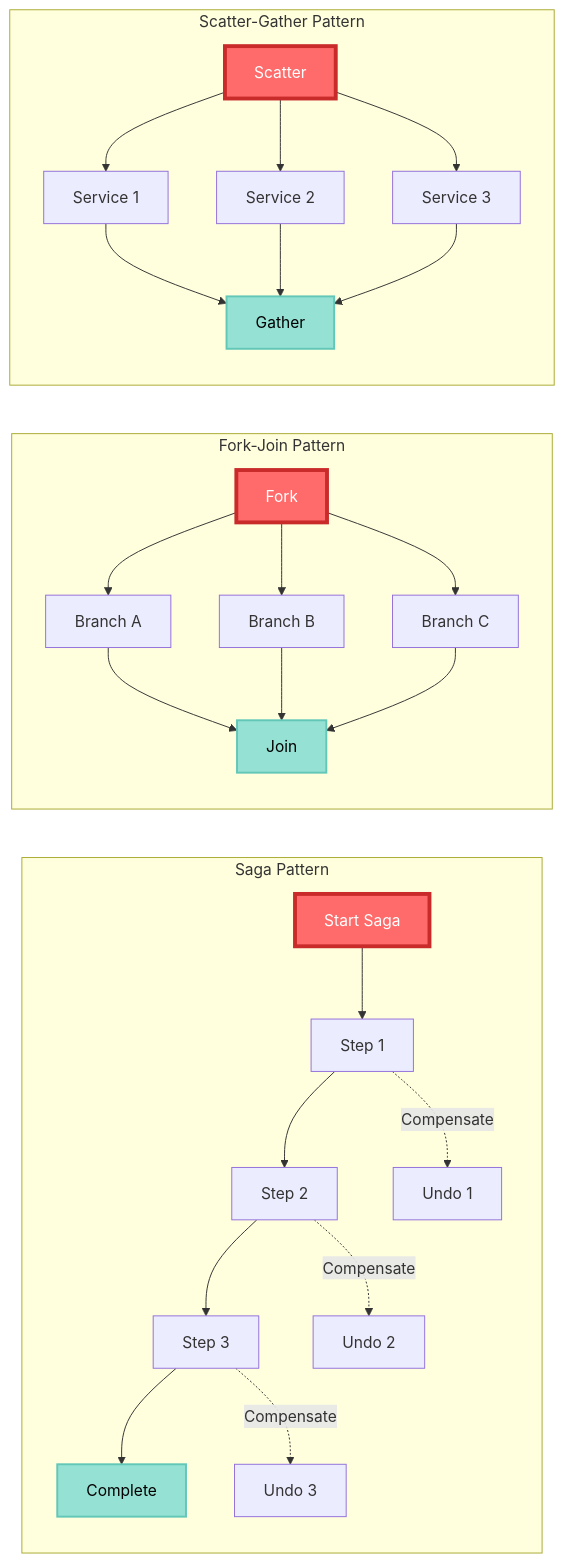
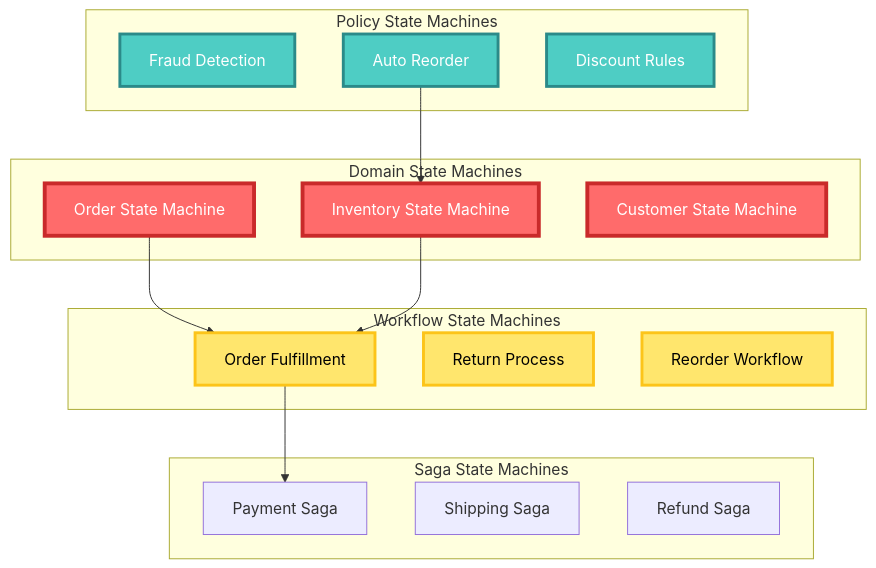
One commit to TheCowboyAI/cim changed the second of 9 diagrams in doc/architecture-deep-dive.md. Above: the diagram before and after it, drawn with Mermaid. The commit also changed other lines of this file and 1 other file, not shown here.

First line of the commit message:
Complete documentation revision for visual-first architecture

````diff
--- a/doc/architecture-deep-dive.md
+++ b/doc/architecture-deep-dive.md
@@ -206,41 +165,42 @@
 ```mermaid
-graph LR
-    subgraph "Saga Pattern"
-        A[Start Saga] --> B[Step 1]
-        B --> C[Step 2]
-        C --> D[Step 3]
-        D --> E[Complete]
-        
-        B -.->|Compensate| B1[Undo 1]
-        C -.->|Compensate| C1[Undo 2]
-        D -.->|Compensate| D1[Undo 3]
+graph TB
+    subgraph "Domain State Machines"
+        DS1[Order State Machine]
+        DS2[Inventory State Machine]
+        DS3[Customer State Machine]
     end
     
-    subgraph "Fork-Join Pattern"
-        F[Fork] --> G[Branch A]
-        F --> H[Branch B]
-        F --> I[Branch C]
-        
-        G --> J[Join]
-        H --> J
-        I --> J
+    subgraph "Workflow State Machines"
+        WS1[Order Fulfillment]
+        WS2[Return Process]
+        WS3[Reorder Workflow]
     end
     
-    subgraph "Scatter-Gather Pattern"
-        K[Scatter] --> L[Service 1]
-        K --> M[Service 2]
-        K --> N[Service 3]
-        
-        L --> O[Gather]
-        M --> O
-        N --> O
+    subgraph "Policy State Machines"
+        PS1[Fraud Detection]
+        PS2[Auto Reorder]
+        PS3[Discount Rules]
     end
     
+    subgraph "Saga State Machines"
+        SS1[Payment Saga]
+        SS2[Shipping Saga]
+        SS3[Refund Saga]
+    end
+    
+    DS1 --> WS1
+    DS2 --> WS1
+    WS1 --> SS1
+    PS2 --> DS2
+    
     %% Styling
-    style A fill:#FF6B6B,stroke:#C92A2A,stroke-width:4px,color:#FFF
-    style E fill:#95E1D3,stroke:#63C7B8,stroke-width:2px,color:#000
-    style F fill:#FF6B6B,stroke:#C92A2A,stroke-width:4px,color:#FFF
-    style J fill:#95E1D3,stroke:#63C7B8,stroke-width:2px,color:#000
-    style K fill:#FF6B6B,stroke:#C92A2A,stroke-width:4px,color:#FFF
-    style O fill:#95E1D3,stroke:#63C7B8,stroke-width:2px,color:#000
+    style DS1 fill:#FF6B6B,stroke:#C92A2A,stroke-width:4px,color:#FFF
+    style DS2 fill:#FF6B6B,stroke:#C92A2A,stroke-width:4px,color:#FFF
+    style DS3 fill:#FF6B6B,stroke:#C92A2A,stroke-width:4px,color:#FFF
+    style WS1 fill:#FFE66D,stroke:#FCC419,stroke-width:3px,color:#000
+    style WS2 fill:#FFE66D,stroke:#FCC419,stroke-width:3px,color:#000
+    style WS3 fill:#FFE66D,stroke:#FCC419,stroke-width:3px,color:#000
+    style PS1 fill:#4ECDC4,stroke:#2B8A89,stroke-width:3px,color:#FFF
+    style PS2 fill:#4ECDC4,stroke:#2B8A89,stroke-width:3px,color:#FFF
+    style PS3 fill:#4ECDC4,stroke:#2B8A89,stroke-width:3px,color:#FFF
 ```
````
